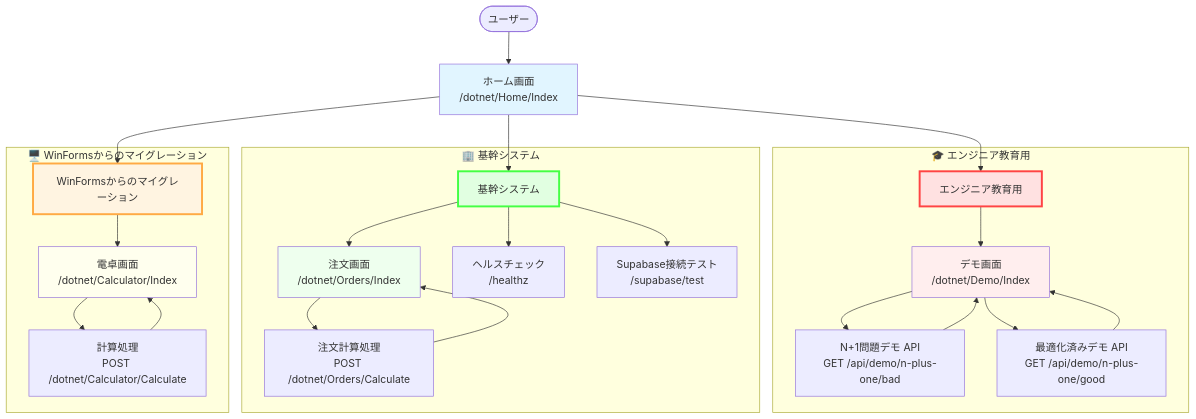
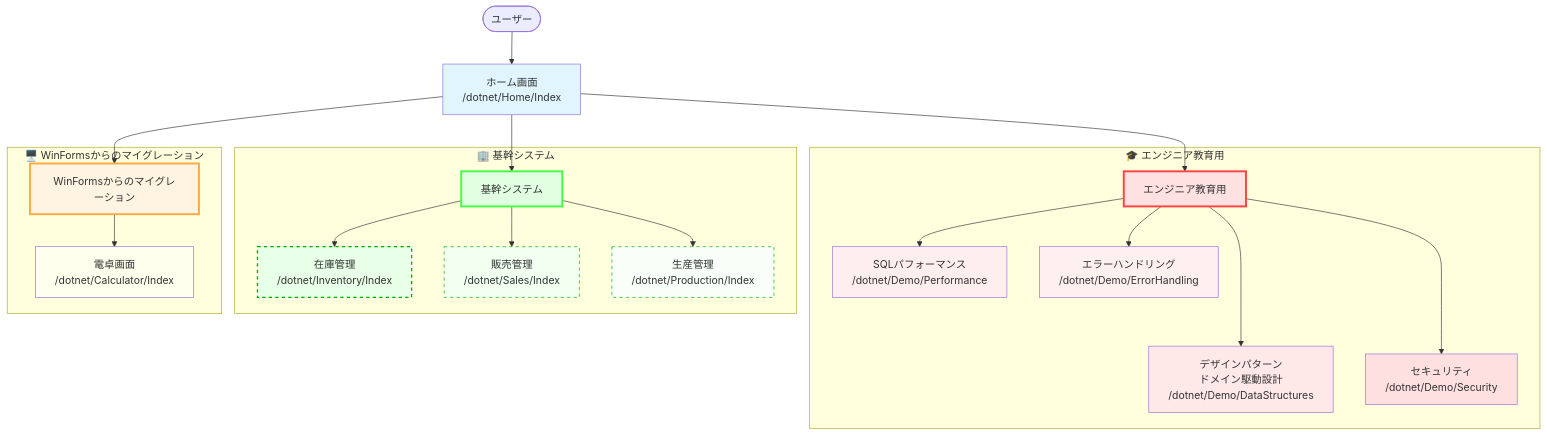
The diagram in .github/docs/screen-transition.md (RYA234/dotnet_container), drawn with Mermaid before and after one commit. The commit also changed other lines of this file and 46 other files, not shown here.

````diff
--- a/.github/docs/screen-transition.md
+++ b/.github/docs/screen-transition.md
@@ -8,38 +8,39 @@
 ```mermaid
 graph TD
     Start([ユーザー]) --> Home[ホーム画面<br/>/dotnet/Home/Index]
 
     Home --> Education[エンジニア教育用]
     Home --> CoreSystem[基幹システム]
     Home --> Migration[WinFormsからのマイグレーション]
 
     subgraph "🎓 エンジニア教育用"
-        Education --> Demo[デモ画面<br/>/dotnet/Demo/Index]
-        Demo --> NPlusBad[N+1問題デモ API<br/>GET /api/demo/n-plus-one/bad]
-        Demo --> NPlusGood[最適化済みデモ API<br/>GET /api/demo/n-plus-one/good]
-        NPlusBad --> Demo
-        NPlusGood --> Demo
+        Education --> DemoPerf[SQLパフォーマンス<br/>/dotnet/Demo/Performance]
+        Education --> DemoError[エラーハンドリング<br/>/dotnet/Demo/ErrorHandling]
+        Education ---> DemoData[デザインパターン<br/>ドメイン駆動設計<br/>/dotnet/Demo/DataStructures]
+        Education ---> DemoSecurity[セキュリティ<br/>/dotnet/Demo/Security]
+
     end
 
     subgraph "🏢 基幹システム"
-        CoreSystem --> Orders[注文画面<br/>/dotnet/Orders/Index]
-        CoreSystem --> HealthCheck[ヘルスチェック<br/>/healthz]
-        CoreSystem --> SupabaseTest[Supabase接続テスト<br/>/supabase/test]
-        Orders --> OrderPost[注文計算処理<br/>POST /dotnet/Orders/Calculate]
-        OrderPost --> Orders
+        CoreSystem --> Inventory[在庫管理<br/>/dotnet/Inventory/Index]
+        CoreSystem --> Sales[販売管理<br/>/dotnet/Sales/Index]
+        CoreSystem --> Production[生産管理<br/>/dotnet/Production/Index]
     end
 
     subgraph "🖥️ WinFormsからのマイグレーション"
         Migration --> Calculator[電卓画面<br/>/dotnet/Calculator/Index]
-        Calculator --> CalcPost[計算処理<br/>POST /dotnet/Calculator/Calculate]
-        CalcPost --> Calculator
     end
 
     style Home fill:#e1f5ff
     style Education fill:#ffe1e1,stroke:#ff4444,stroke-width:3px
     style CoreSystem fill:#e1ffe1,stroke:#44ff44,stroke-width:3px
     style Migration fill:#fff4e1,stroke:#ffaa44,stroke-width:3px
-    style Demo fill:#ffeeee
-    style Orders fill:#eeffee
+    style DemoPerf fill:#ffeeee
+    style DemoError fill:#fff0f0
+    style DemoData fill:#ffe8e8
+    style DemoSecurity fill:#ffe0e0
+    style Inventory fill:#e8ffe8,stroke:#00aa00,stroke-width:2px,stroke-dasharray: 5 5
+    style Sales fill:#f0fff0,stroke:#00aa00,stroke-dasharray: 5 5
+    style Production fill:#f8fff8,stroke:#00aa00,stroke-dasharray: 5 5
     style Calculator fill:#ffffee
 ```
````
